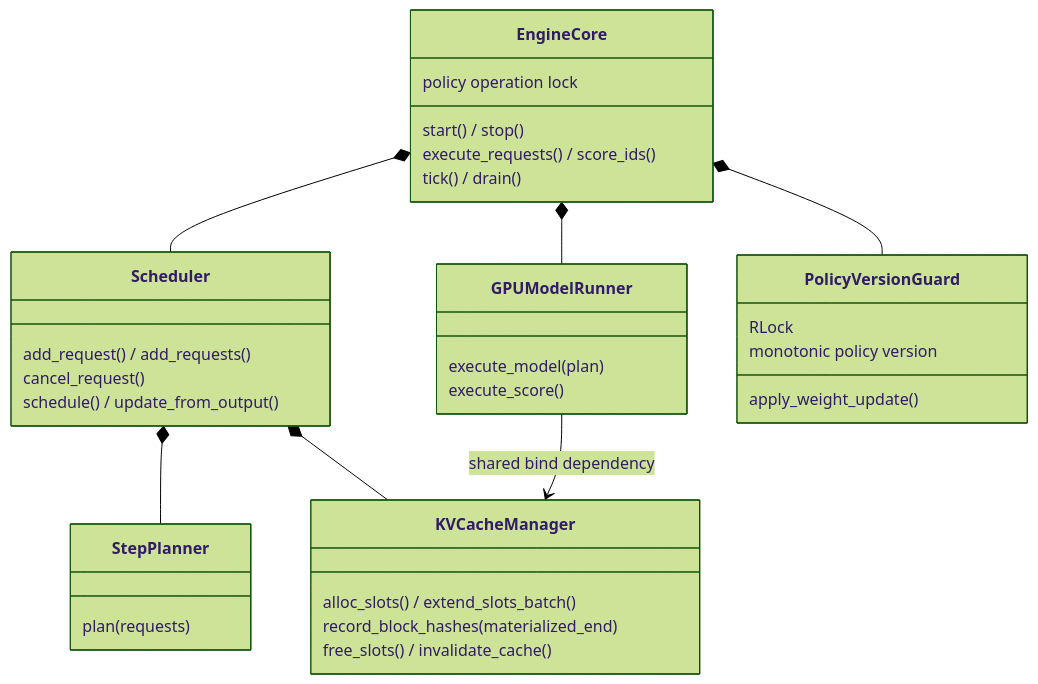
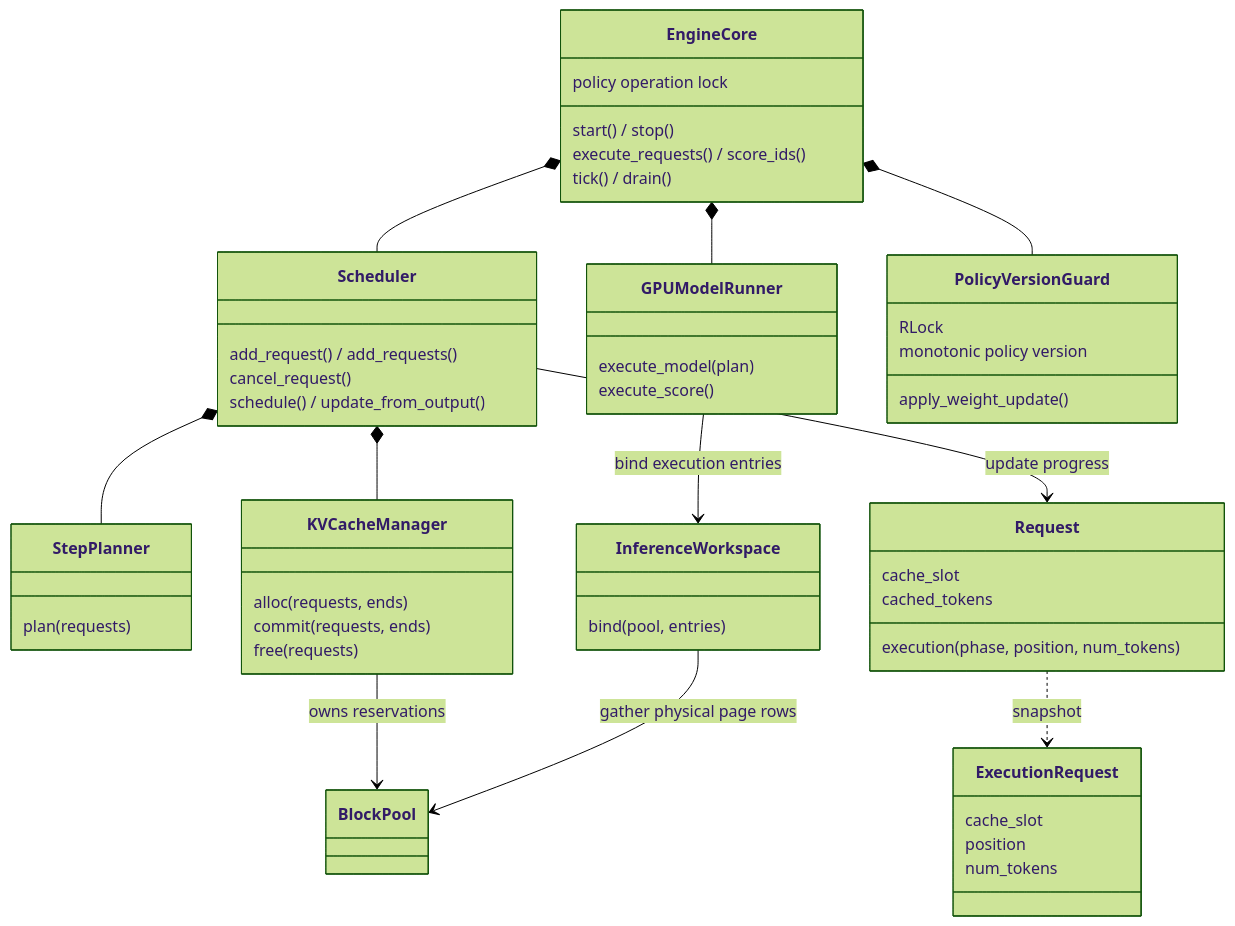
The diagram in docs/developer/inference/core.md (ViperEkura/AstrAI), drawn with Mermaid (forest theme) before and after one commit. The commit also changed other lines of this file and 28 other files, not shown here.

First line of the commit message:
refactor: batch the inference KV cache lifecycle

````diff
--- a/docs/developer/inference/core.md
+++ b/docs/developer/inference/core.md
@@ -21,39 +21,56 @@
 ```mermaid
 classDiagram
     direction TB
     class EngineCore {
         start() / stop()
         execute_requests() / score_ids()
         tick() / drain()
         policy operation lock
     }
     class Scheduler {
         add_request() / add_requests()
         cancel_request()
         schedule() / update_from_output()
     }
     class StepPlanner {
         plan(requests)
     }
     class GPUModelRunner {
         execute_model(plan)
         execute_score()
     }
     class KVCacheManager {
-        alloc_slots() / extend_slots_batch()
-        record_block_hashes(materialized_end)
-        free_slots() / invalidate_cache()
+        alloc(requests, ends)
+        commit(requests, ends)
+        free(requests)
     }
     class PolicyVersionGuard {
         RLock
         monotonic policy version
         apply_weight_update()
     }
 
     EngineCore *-- Scheduler
     EngineCore *-- GPUModelRunner
     EngineCore *-- PolicyVersionGuard
     Scheduler *-- StepPlanner
     Scheduler *-- KVCacheManager
-    GPUModelRunner --> KVCacheManager : shared bind dependency
+    KVCacheManager --> BlockPool : owns reservations
+    class Request {
+        cache_slot
+        cached_tokens
+        execution(phase, position, num_tokens)
+    }
+    class ExecutionRequest {
+        cache_slot
+        position
+        num_tokens
+    }
+    class InferenceWorkspace {
+        bind(pool, entries)
+    }
+    Scheduler --> Request : update progress
+    Request ..> ExecutionRequest : snapshot
+    GPUModelRunner --> InferenceWorkspace : bind execution entries
+    InferenceWorkspace --> BlockPool : gather physical page rows
 ```
````
